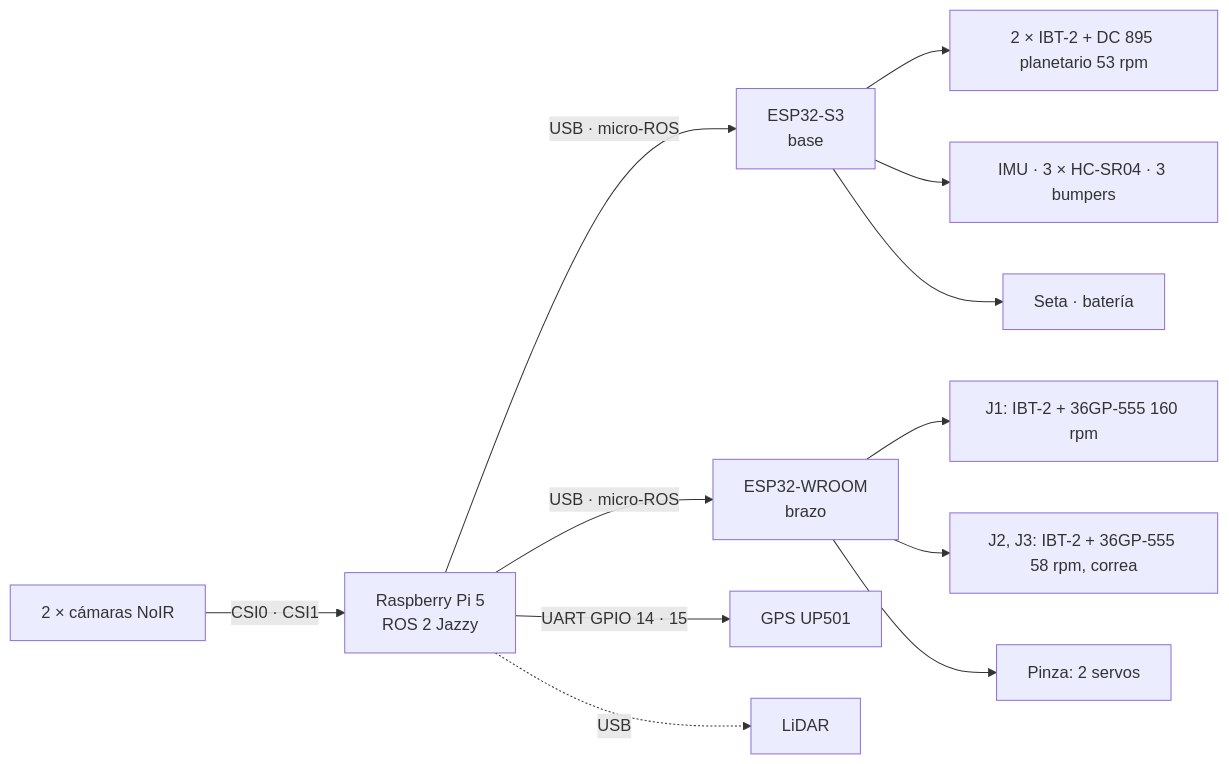
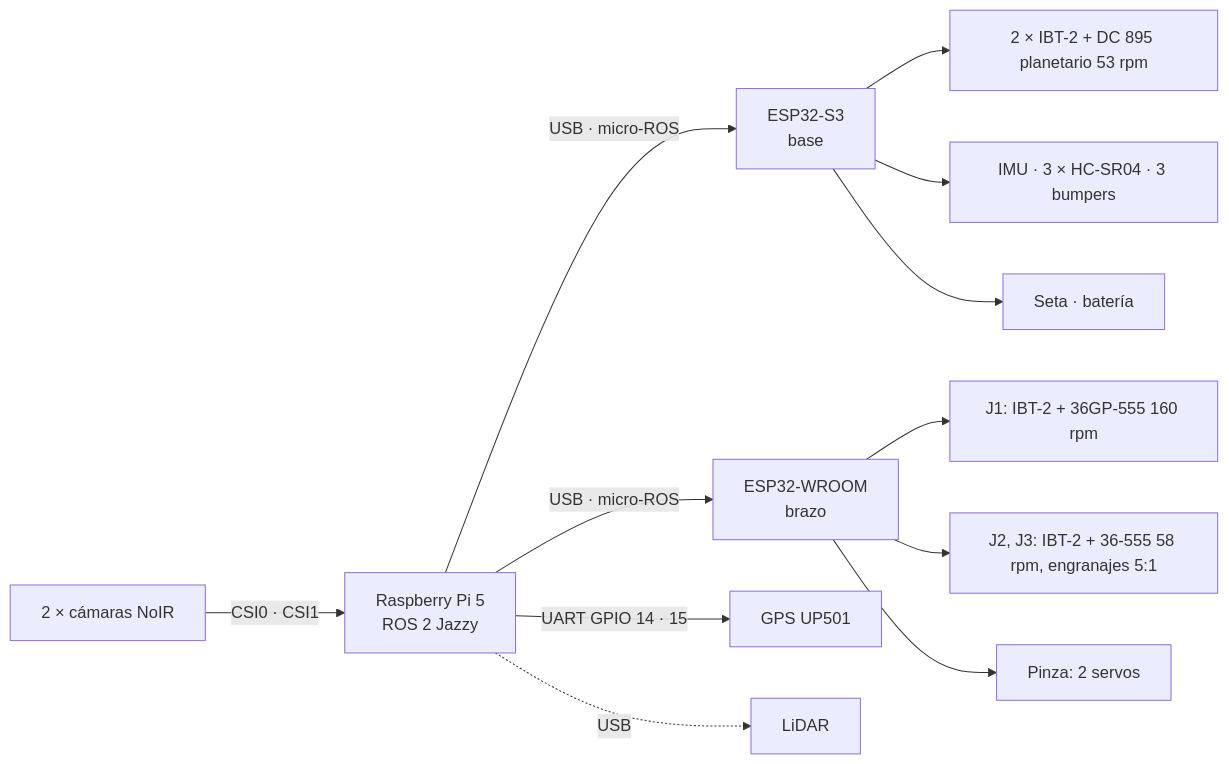
The diagram in docs/CONEXIONES.md (HecVelaz/recolector_de_frutas), drawn with Mermaid before and after one commit. The commit also changed other lines of this file and 6 other files, not shown here.

First line of the commit message:
Docs: J2/J3 con engranajes helicoidales (no correa) y pines v0.5 del brazo en README y conexiones.html

````diff
--- a/docs/CONEXIONES.md
+++ b/docs/CONEXIONES.md
@@ -21,14 +21,14 @@
 ```mermaid
 flowchart LR
   CAM[2 × cámaras NoIR] -- CSI0 · CSI1 --> PI[Raspberry Pi 5<br/>ROS 2 Jazzy]
   PI -- USB · micro-ROS --> S3[ESP32-S3<br/>base]
   PI -- USB · micro-ROS --> WR[ESP32-WROOM<br/>brazo]
   PI -- UART GPIO 14 · 15 --> GPS[GPS UP501]
   PI -. USB .-> LID[LiDAR]
   S3 --> TR[2 × IBT-2 + DC 895 planetario 53 rpm]
   S3 --> SEN[IMU · 3 × HC-SR04 · 3 bumpers]
   S3 --> SEG[Seta · batería]
   WR --> J1[J1: IBT-2 + 36GP-555 160 rpm]
-  WR --> J23[J2, J3: IBT-2 + 36GP-555 58 rpm, correa]
+  WR --> J23[J2, J3: IBT-2 + 36-555 58 rpm, engranajes 5:1]
   WR --> PZ[Pinza: 2 servos]
 ```
````
